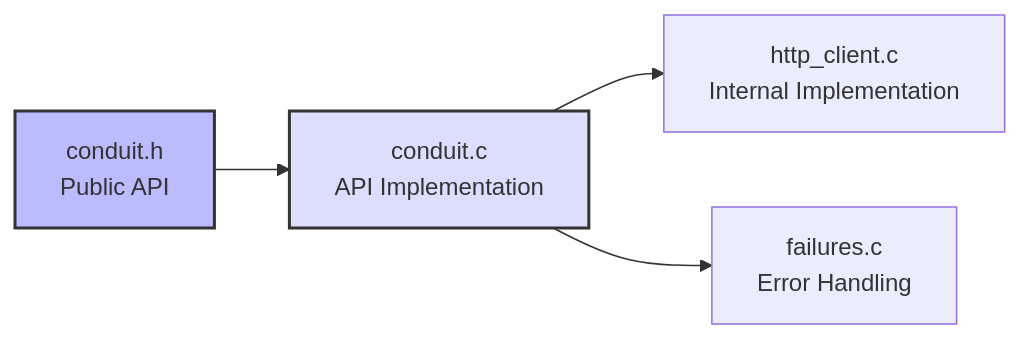
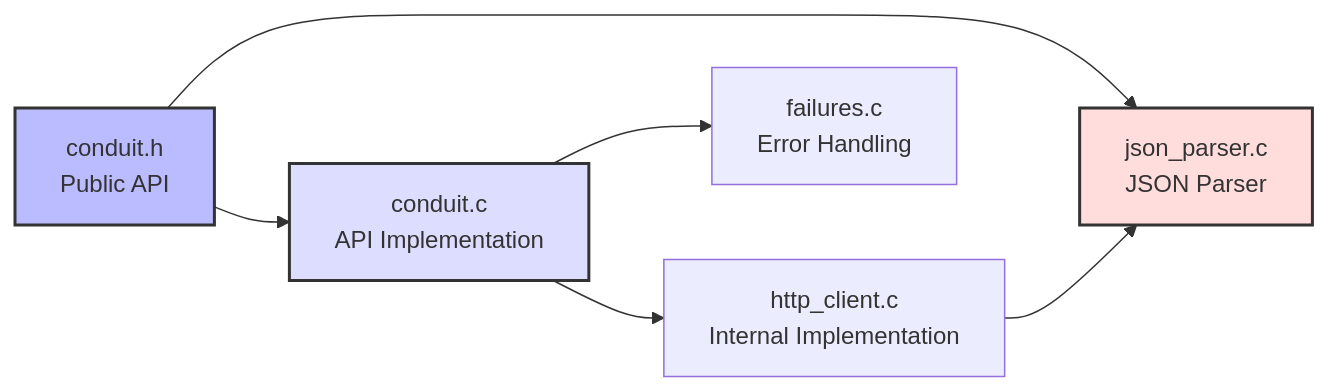
The third of 3 diagrams in README.md (fernkit/conduit), drawn with Mermaid before and after one commit. The commit also changed other lines of this file and 6 other files, not shown here.

Commit message:
feat(.): new json parser

````diff
--- a/README.md
+++ b/README.md
@@ -145,9 +194,11 @@
 ```mermaid
 graph LR
-    A[conduit.h<br/>Public API] --> B[conduit.c<br/>API Implementation]
-    B --> C[http_client.c<br/>Internal Implementation]
-    B --> D[failures.c<br/>Error Handling]
-    
-    style A fill:#bbf,stroke:#333,stroke-width:2px
-    style B fill:#ddf,stroke:#333,stroke-width:2px
+ A[conduit.h<br/>Public API] --> B[conduit.c<br/>API Implementation]
+ A --> J[json_parser.h<br/>JSON API]
+ B --> C[http_client.c<br/>Internal Implementation]
+ B --> D[failures.c<br/>Error Handling]
+ C --> J[json_parser.c<br/>JSON Parser]
+ style A fill:#bbf,stroke:#333,stroke-width:2px
+ style B fill:#ddf,stroke:#333,stroke-width:2px
+ style J fill:#fdd,stroke:#333,stroke-width:2px
 ```
````
